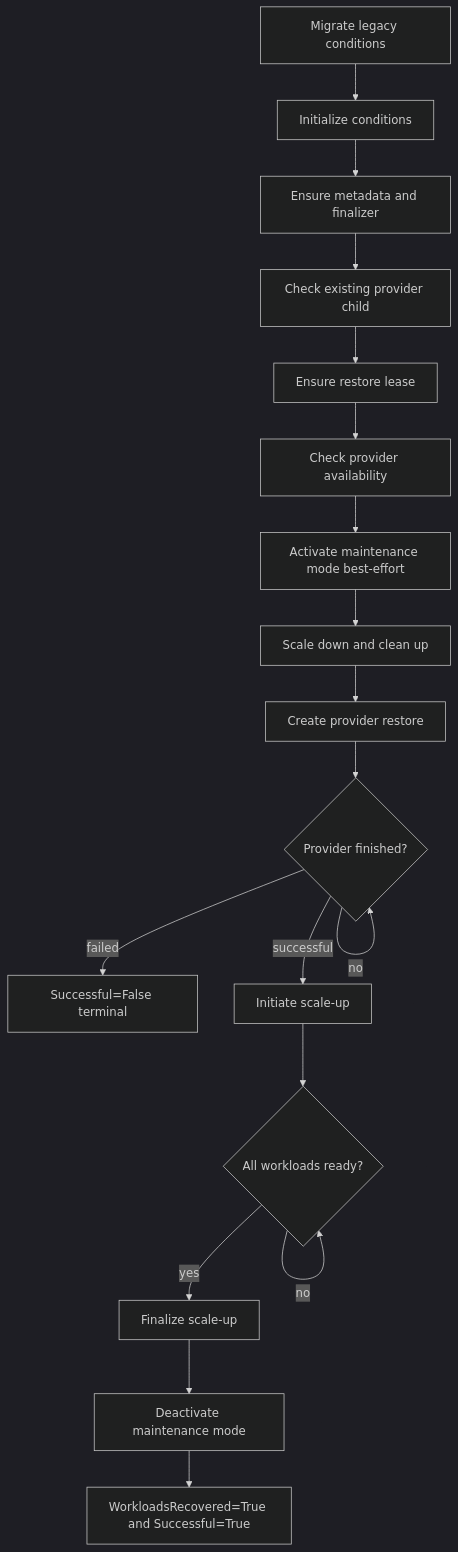
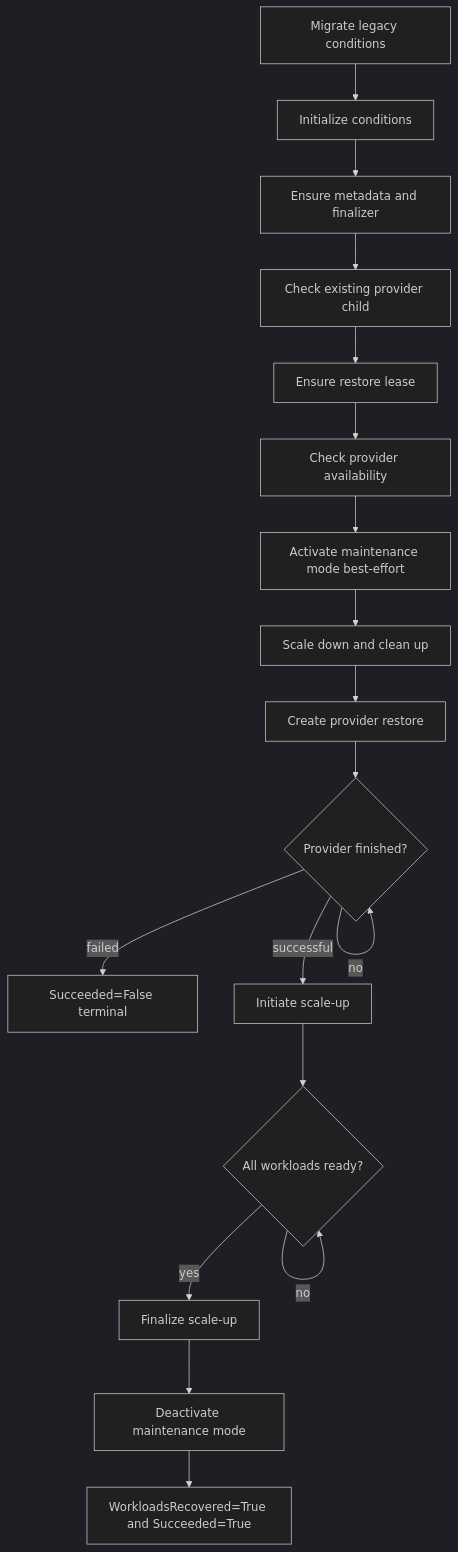
Before and after one commit to cloudogu/k8s-backup-operator: the second of 3 diagrams in docs/development/restore/restore_process_en.md, drawn with Mermaid (dark theme). The commit also changed other lines of this file and 10 other files, not shown here.

````diff
--- a/docs/development/restore/restore_process_en.md
+++ b/docs/development/restore/restore_process_en.md
@@ -43,20 +43,20 @@
 ```mermaid
 flowchart TD
     A[Migrate legacy conditions] --> B[Initialize conditions]
     B --> C[Ensure metadata and finalizer]
     C --> D[Check existing provider child]
     D --> E[Ensure restore lease]
     E --> P[Check provider availability]
     P --> FM[Activate maintenance mode best-effort]
     FM --> F[Scale down and clean up]
     F --> G[Create provider restore]
     G --> H{Provider finished?}
     H -- no --> H
-    H -- failed --> X[Successful=False terminal]
+    H -- failed --> X[Succeeded=False terminal]
     H -- successful --> J[Initiate scale-up]
     J --> K{All workloads ready?}
     K -- no --> K
     K -- yes --> L[Finalize scale-up]
     L --> M[Deactivate maintenance mode]
-    M --> N[WorkloadsRecovered=True and Successful=True]
+    M --> N[WorkloadsRecovered=True and Succeeded=True]
 ```
````
